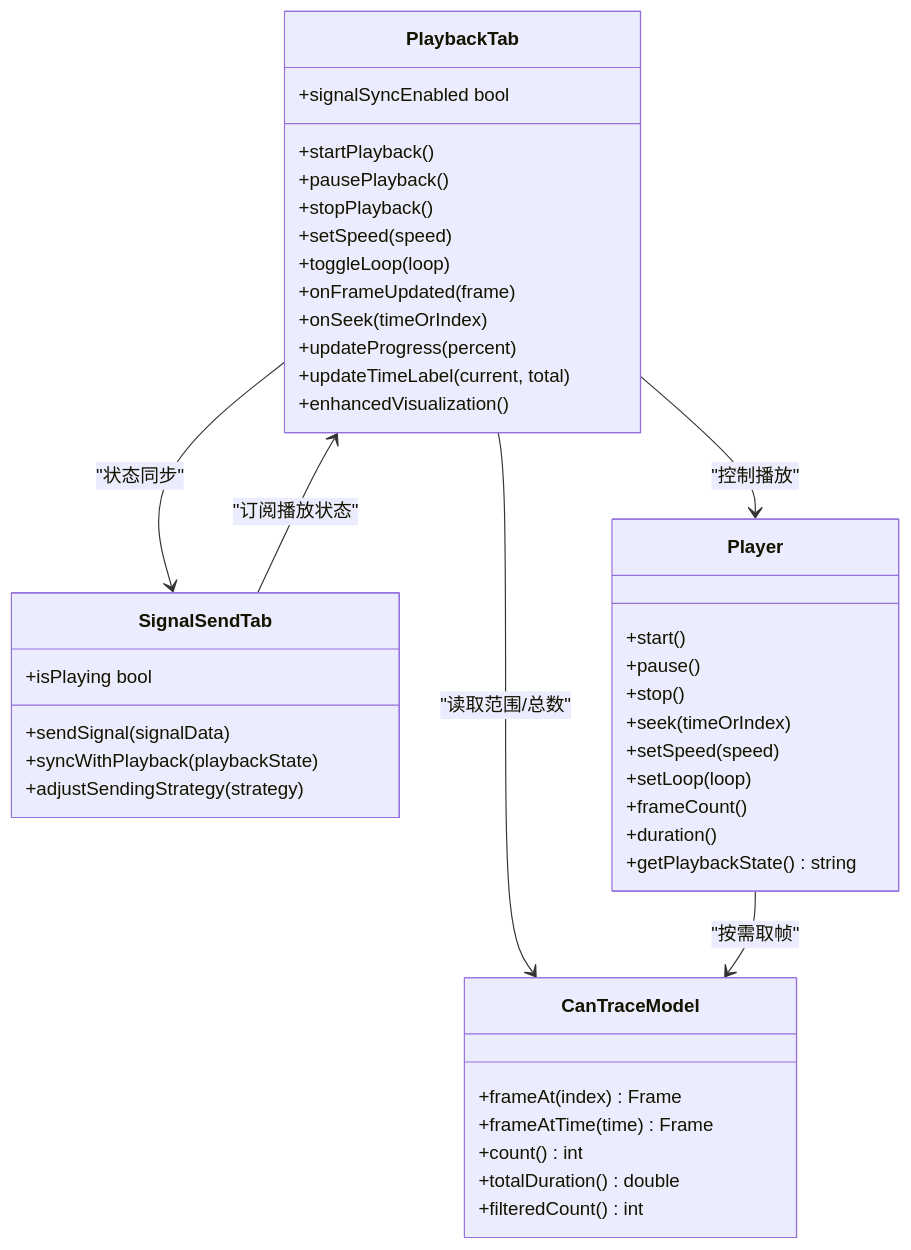
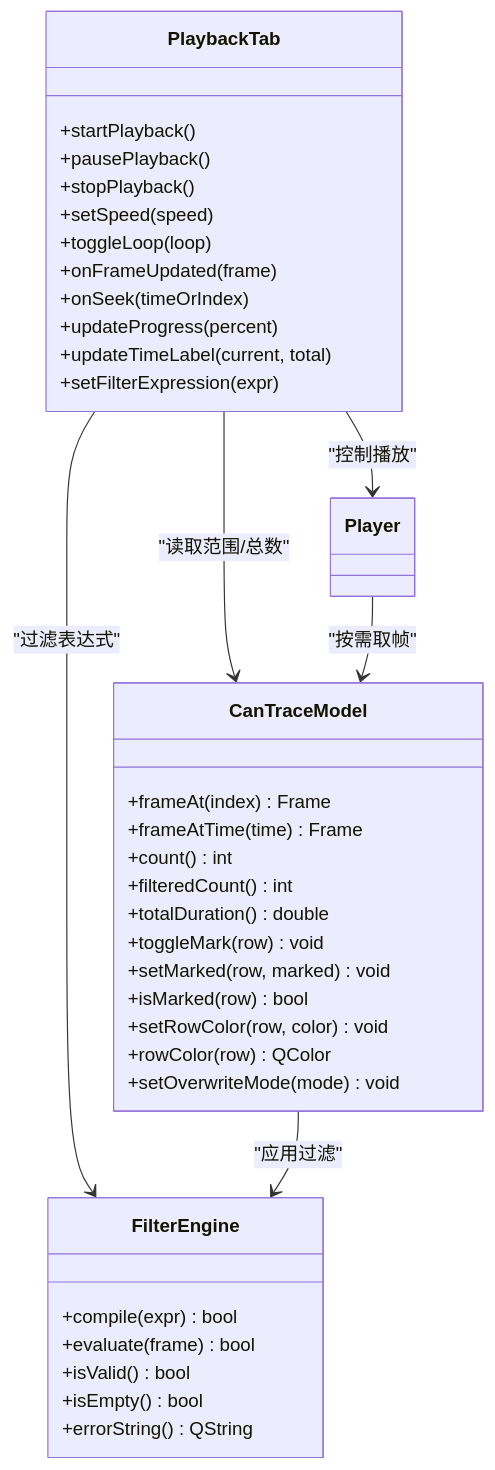
Before and after one commit to jakecai1225-design/OpenBus: the third of 6 diagrams in .qoder/repowiki/zh/content/架构设计/UI系统设计/播放控制Tab组件.md, drawn with Mermaid. The commit also changed other lines of this file and 13 other files, not shown here.

````diff
--- a/.qoder/repowiki/zh/content/架构设计/UI系统设计/播放控制Tab组件.md
+++ b/.qoder/repowiki/zh/content/架构设计/UI系统设计/播放控制Tab组件.md
@@ -170,45 +166,40 @@
 ```mermaid
 classDiagram
 class PlaybackTab {
 +startPlayback()
 +pausePlayback()
 +stopPlayback()
 +setSpeed(speed)
 +toggleLoop(loop)
 +onFrameUpdated(frame)
 +onSeek(timeOrIndex)
 +updateProgress(percent)
 +updateTimeLabel(current, total)
-+signalSyncEnabled bool
-+enhancedVisualization()
-}
-class SignalSendTab {
-+sendSignal(signalData)
-+syncWithPlayback(playbackState)
-+adjustSendingStrategy(strategy)
-+isPlaying bool
-}
-class Player {
-+start()
-+pause()
-+stop()
-+seek(timeOrIndex)
-+setSpeed(speed)
-+setLoop(loop)
-+frameCount()
-+duration()
-+getPlaybackState() string
++setFilterExpression(expr)
 }
 class CanTraceModel {
 +frameAt(index) Frame
 +frameAtTime(time) Frame
 +count() int
++filteredCount() int
 +totalDuration() double
-+filteredCount() int
++toggleMark(row) void
++setMarked(row, marked) void
++isMarked(row) bool
++setRowColor(row, color) void
++rowColor(row) QColor
++setOverwriteMode(mode) void
+}
+class FilterEngine {
++compile(expr) bool
++evaluate(frame) bool
++isValid() bool
++isEmpty() bool
++errorString() QString
 }
 PlaybackTab --> Player : "控制播放"
 PlaybackTab --> CanTraceModel : "读取范围/总数"
-PlaybackTab --> SignalSendTab : "状态同步"
-SignalSendTab --> PlaybackTab : "订阅播放状态"
+PlaybackTab --> FilterEngine : "过滤表达式"
 Player --> CanTraceModel : "按需取帧"
+CanTraceModel --> FilterEngine : "应用过滤"
 ```
````
